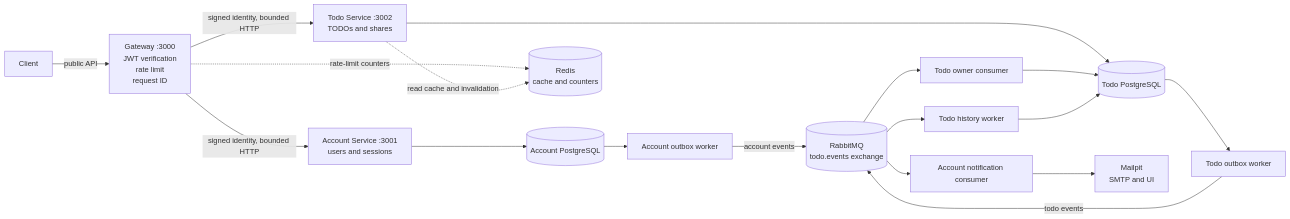
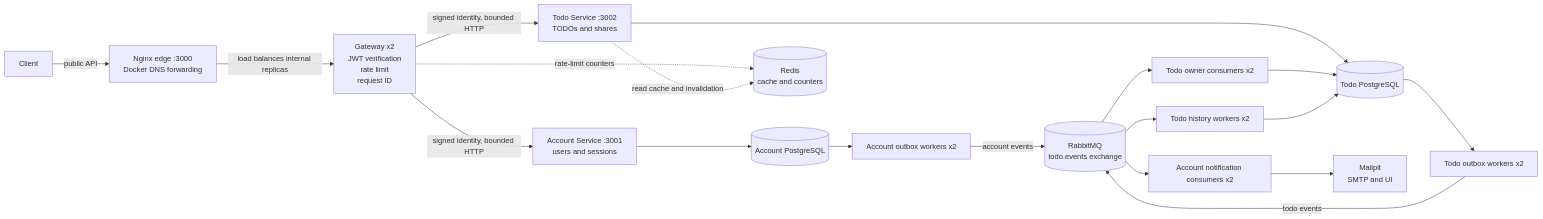
One commit to jeyjenushan1014/MultiUserTodoService changed the diagram in docs/architecture-diagram.md. Above: the diagram before and after it, drawn with Mermaid. The commit also changed 7 other files, not shown here.

Commit message:
feat: implement Nginx edge proxy and scale services to two replicas for improved load balancing

````diff
--- a/docs/architecture-diagram.md
+++ b/docs/architecture-diagram.md
@@ -5,35 +5,37 @@
 ```mermaid
 flowchart LR
     Client[Client]
-    Gateway[Gateway :3000\nJWT verification\nrate limit\nrequest ID]
+    Edge[Nginx edge :3000\nDocker DNS forwarding]
+    Gateway[Gateway x2\nJWT verification\nrate limit\nrequest ID]
     Account[Account Service :3001\nusers and sessions]
     Todo[Todo Service :3002\nTODOs and shares]
     AccountDB[(Account PostgreSQL)]
     TodoDB[(Todo PostgreSQL)]
     Redis[(Redis\ncache and counters)]
     Rabbit[(RabbitMQ\ntodo.events exchange)]
     Mail[Mailpit\nSMTP and UI]
-    AccountOutbox[Account outbox worker]
-    TodoOutbox[Todo outbox worker]
-    Owner[Todo owner consumer]
-    Notify[Account notification consumer]
-    History[Todo history worker]
+    AccountOutbox[Account outbox workers x2]
+    TodoOutbox[Todo outbox workers x2]
+    Owner[Todo owner consumers x2]
+    Notify[Account notification consumers x2]
+    History[Todo history workers x2]
 
-    Client -->|public API| Gateway
+    Client -->|public API| Edge
+    Edge -->|load balances internal replicas| Gateway
     Gateway -->|signed identity, bounded HTTP| Account
     Gateway -->|signed identity, bounded HTTP| Todo
     Account --> AccountDB
     Todo --> TodoDB
     Gateway -.->|rate-limit counters| Redis
     Todo -.->|read cache and invalidation| Redis
     AccountDB --> AccountOutbox
     TodoDB --> TodoOutbox
     AccountOutbox -->|account events| Rabbit
     TodoOutbox -->|todo events| Rabbit
     Rabbit --> Owner
     Rabbit --> Notify
     Rabbit --> History
     Owner --> TodoDB
     Notify --> Mail
     History --> TodoDB
 ```
````
